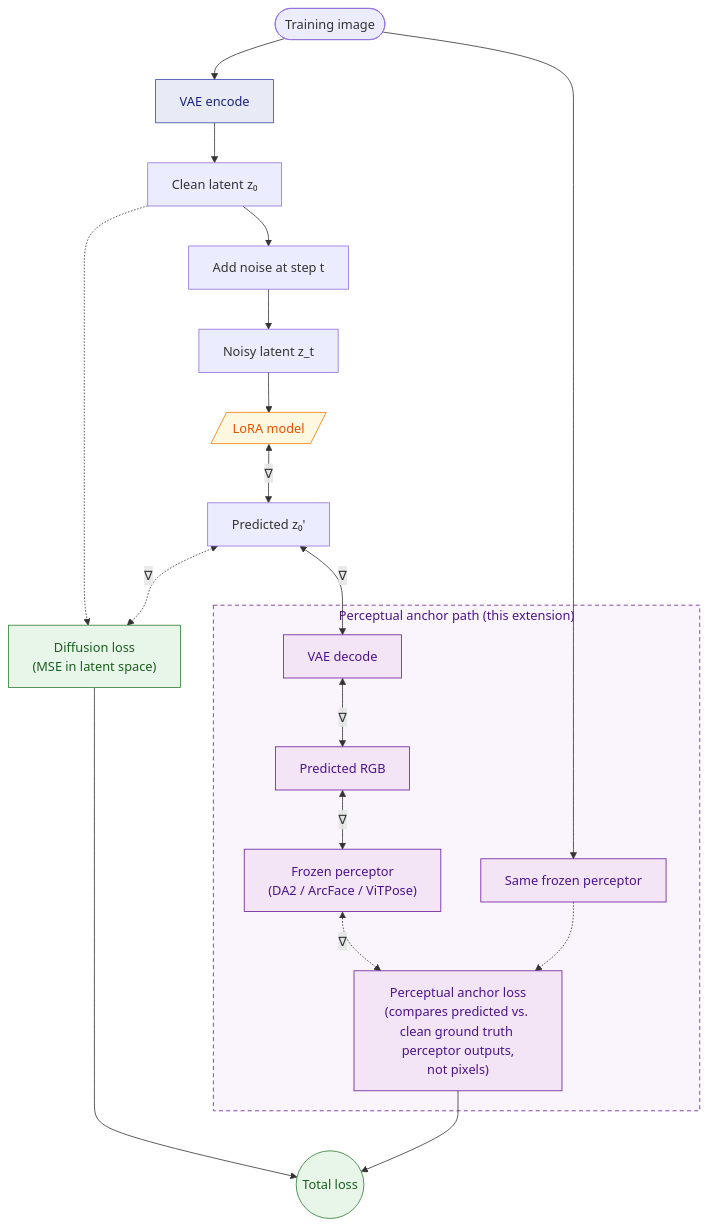
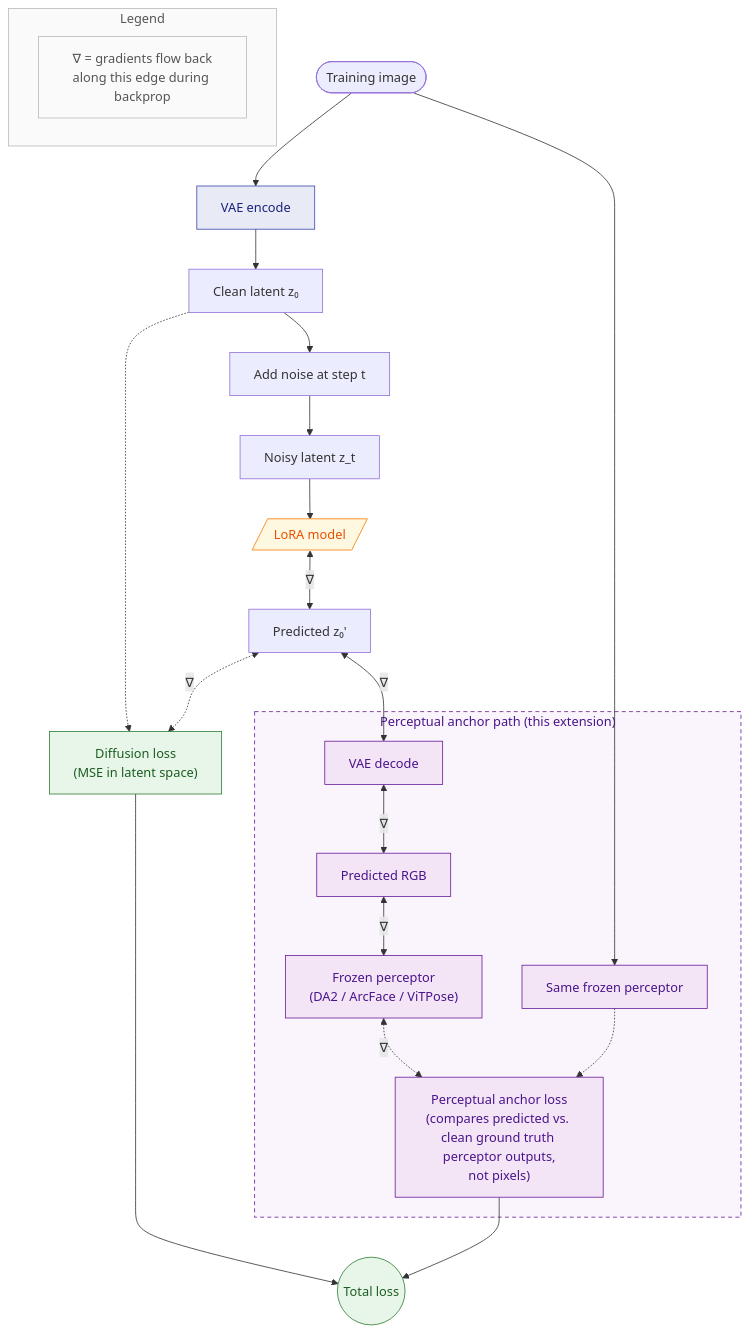
The diagram in README.md (BuffaloBuffaloBuffaloBuffalo/ai-toolkit-perceptual), drawn with Mermaid before and after one commit. The commit also changed other lines of this file, not shown here.

Commit message:
README: add ∇ legend in the diagram, drop em dashes, rephrase chain rule as gradients flow

````diff
--- a/README.md
+++ b/README.md
@@ -27,42 +27,49 @@
 ```mermaid
 flowchart TD
     GT([Training image])
     GT --> Encode[VAE encode]
     Encode --> Z0[Clean latent z₀]
     Z0 --> Noise[Add noise at step t]
     Noise --> Zt[Noisy latent z_t]
     Zt --> Model[/LoRA model/]
     Model <-->|∇| Zhat[Predicted z₀']
 
     Z0 -.-> Diff["Diffusion loss<br/>(MSE in latent space)"]
     Zhat <-.->|∇| Diff
 
     subgraph Perceptual["Perceptual anchor path (this extension)"]
         Decode[VAE decode]
         RGBp[Predicted RGB]
         Pp["Frozen perceptor<br/>(DA2 / ArcFace / ViTPose)"]
         Pg[Same frozen perceptor]
         Anchor["Perceptual anchor loss<br/>(compares predicted vs. clean ground truth perceptor outputs,<br/>not pixels)"]
     end
 
     Zhat <-->|∇| Decode
     Decode <-->|∇| RGBp
     RGBp <-->|∇| Pp
     GT --> Pg
     Pp <-.->|∇| Anchor
     Pg -.-> Anchor
 
     Diff --> Total((Total loss))
     Anchor --> Total
 
+    subgraph LegendBox["Legend"]
+        L["∇ = gradients flow back<br/>along this edge during backprop"]
+    end
+
     classDef frozen fill:#e8eaf6,stroke:#3949ab,color:#1a237e
     classDef trainable fill:#fff8e1,stroke:#f57c00,color:#e65100
     classDef loss fill:#e8f5e9,stroke:#2e7d32,color:#1b5e20
     classDef anchor fill:#f3e5f5,stroke:#6a1b9a,color:#4a148c
+    classDef legendNode fill:#fafafa,stroke:#bbb,color:#555
 
     class Encode frozen
     class Model trainable
     class Diff,Total loss
     class Decode,RGBp,Pp,Pg,Anchor anchor
+    class L legendNode
     style Perceptual fill:#faf5fc,stroke:#6a1b9a,stroke-dasharray:5 4,color:#4a148c
+    style LegendBox fill:#fafafa,stroke:#bbb,color:#555
 ```
````
